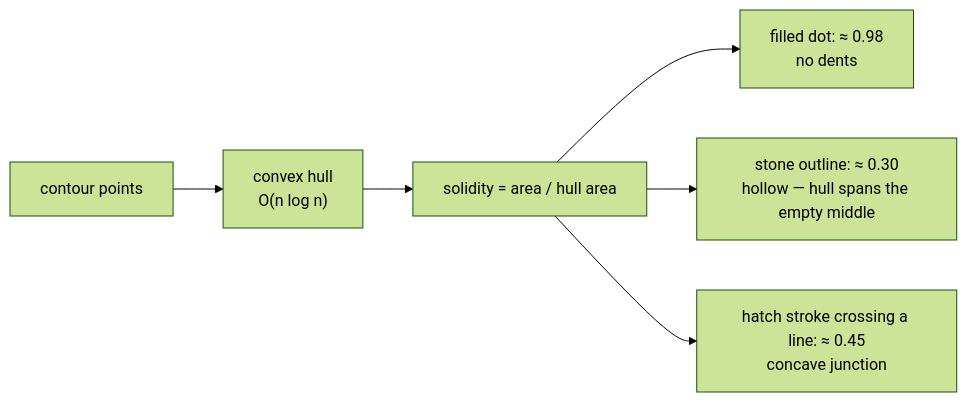
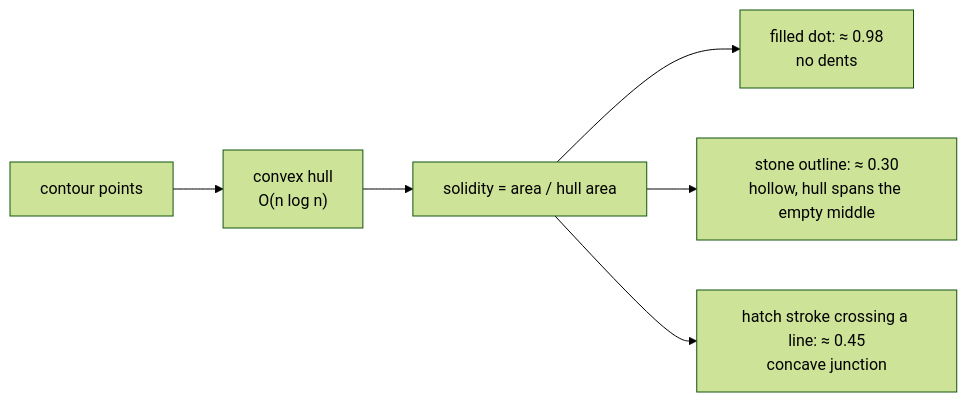
The diagram in docs/cs/convex-hull.md (jennarbates/StratigraphyGenerator), drawn with Mermaid (forest theme) before and after one commit. The commit also changed other lines of this file and 309 other files, not shown here.

````diff
--- a/docs/cs/convex-hull.md
+++ b/docs/cs/convex-hull.md
@@ -39,8 +39,8 @@
 ```mermaid
 flowchart LR
   P["contour points"] --> H["convex hull<br/>O(n log n)"]
   H --> S["solidity = area / hull area"]
   S --> D1["filled dot: ≈ 0.98<br/>no dents"]
-  S --> D2["stone outline: ≈ 0.30<br/>hollow — hull spans the empty middle"]
+  S --> D2["stone outline: ≈ 0.30<br/>hollow, hull spans the empty middle"]
   S --> D3["hatch stroke crossing a line: ≈ 0.45<br/>concave junction"]
 ```
````
